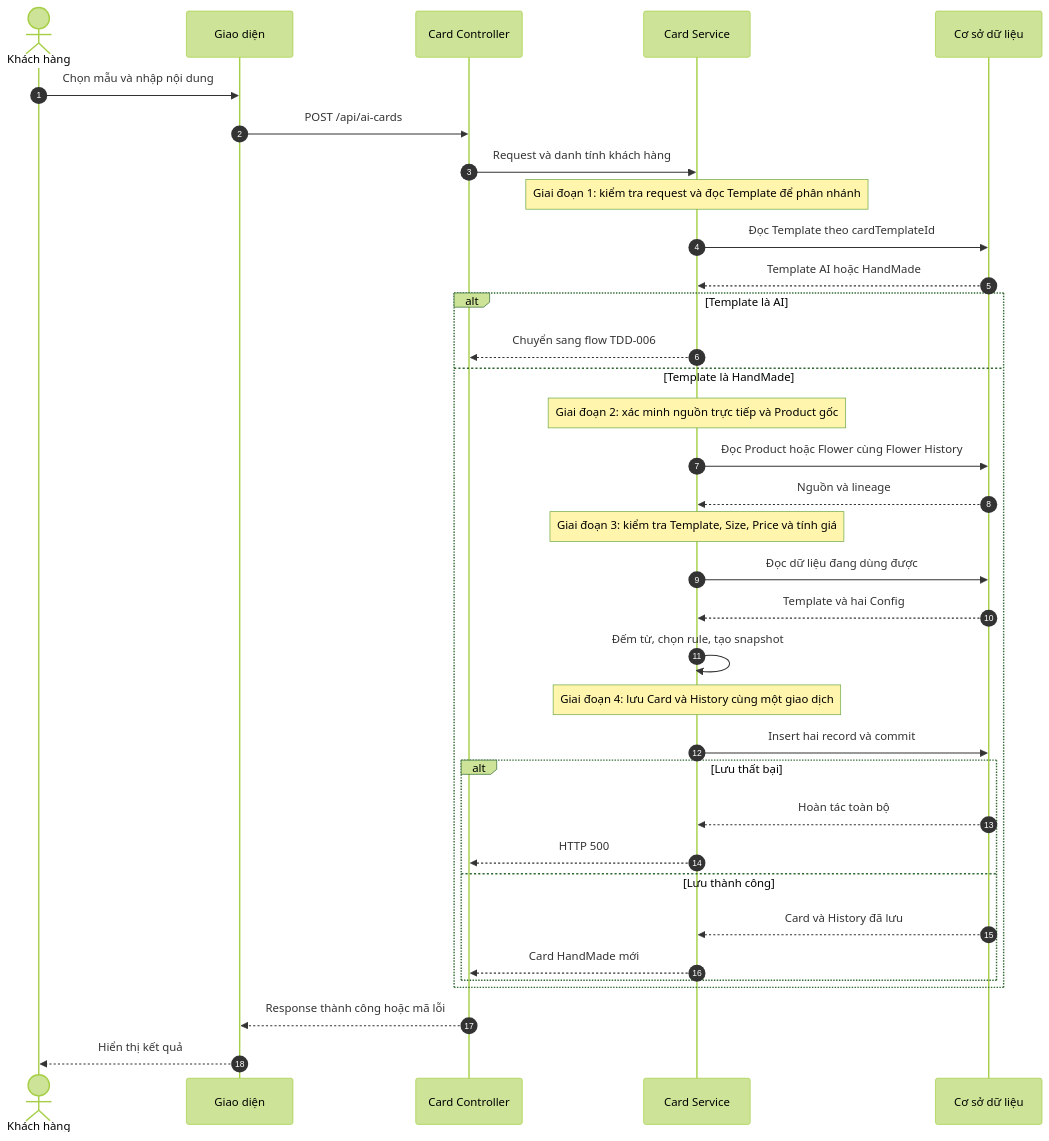
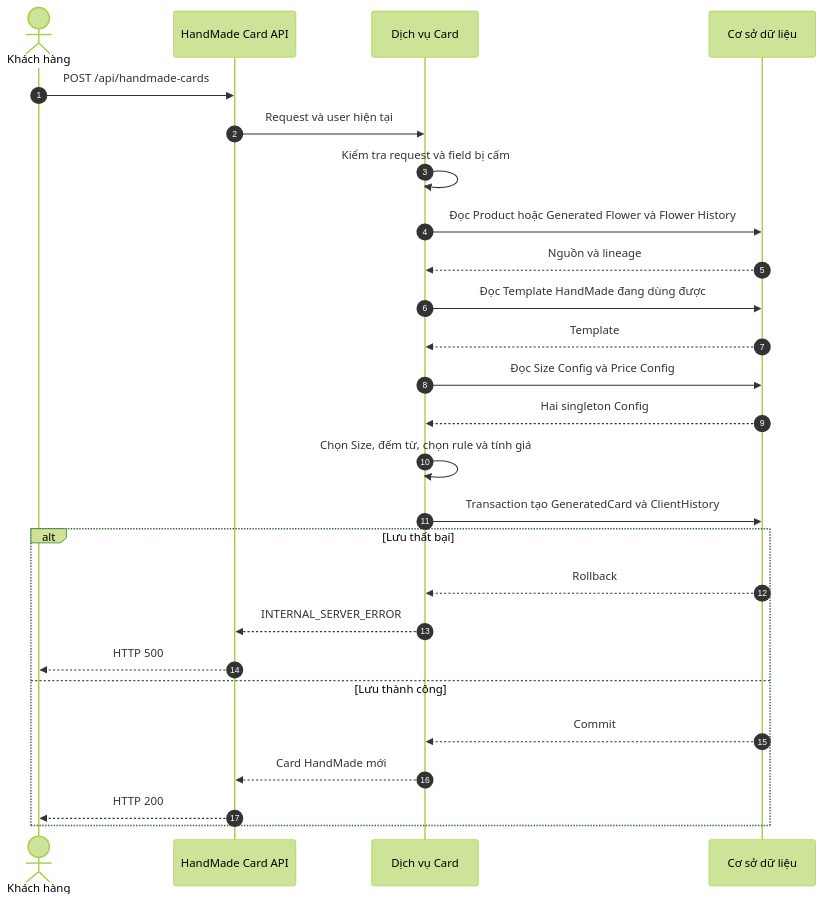
One commit to TaskCoper/hoatheomua-be changed the second of 4 diagrams in HoaTheoMua.Repository/docs/tdd/TDD-021/TDD-021-chon-va-tao-thiep-handmade.md. Above: the diagram before and after it, drawn with Mermaid (forest theme). The commit also changed other lines of this file and 499 other files, not shown here.

````diff
--- a/HoaTheoMua.Repository/docs/tdd/TDD-021/TDD-021-chon-va-tao-thiep-handmade.md
+++ b/HoaTheoMua.Repository/docs/tdd/TDD-021/TDD-021-chon-va-tao-thiep-handmade.md
@@ -104,37 +99,29 @@
 ```mermaid
 sequenceDiagram
     autonumber
-    actor KH as Khách hàng
-    participant UI as Giao diện
-    participant API as Card Controller
-    participant DV as Card Service
+    actor U as Khách hàng
+    participant API as HandMade Card API
+    participant S as Dịch vụ Card
     participant DB as Cơ sở dữ liệu
-    KH->>UI: Chọn mẫu và nhập nội dung
-    UI->>API: POST /api/ai-cards
-    API->>DV: Request và danh tính khách hàng
-    Note over DV: Giai đoạn 1: kiểm tra request và đọc Template để phân nhánh
-    DV->>DB: Đọc Template theo cardTemplateId
-    DB-->>DV: Template AI hoặc HandMade
-    alt Template là AI
-        DV-->>API: Chuyển sang flow TDD-006
-    else Template là HandMade
-        Note over DV: Giai đoạn 2: xác minh nguồn trực tiếp và Product gốc
-        DV->>DB: Đọc Product hoặc Flower cùng Flower History
-        DB-->>DV: Nguồn và lineage
-        Note over DV: Giai đoạn 3: kiểm tra Template, Size, Price và tính giá
-        DV->>DB: Đọc dữ liệu đang dùng được
-        DB-->>DV: Template và hai Config
-        DV->>DV: Đếm từ, chọn rule, tạo snapshot
-        Note over DV: Giai đoạn 4: lưu Card và History cùng một giao dịch
-        DV->>DB: Insert hai record và commit
-        alt Lưu thất bại
-            DB-->>DV: Hoàn tác toàn bộ
-            DV-->>API: HTTP 500
-        else Lưu thành công
-            DB-->>DV: Card và History đã lưu
-            DV-->>API: Card HandMade mới
-        end
+
+    U->>API: POST /api/handmade-cards
+    API->>S: Request và user hiện tại
+    S->>S: Kiểm tra request và field bị cấm
+    S->>DB: Đọc Product hoặc Generated Flower và Flower History
+    DB-->>S: Nguồn và lineage
+    S->>DB: Đọc Template HandMade đang dùng được
+    DB-->>S: Template
+    S->>DB: Đọc Size Config và Price Config
+    DB-->>S: Hai singleton Config
+    S->>S: Chọn Size, đếm từ, chọn rule và tính giá
+    S->>DB: Transaction tạo GeneratedCard và ClientHistory
+    alt Lưu thất bại
+        DB-->>S: Rollback
+        S-->>API: INTERNAL_SERVER_ERROR
+        API-->>U: HTTP 500
+    else Lưu thành công
+        DB-->>S: Commit
+        S-->>API: Card HandMade mới
+        API-->>U: HTTP 200
     end
-    API-->>UI: Response thành công hoặc mã lỗi
-    UI-->>KH: Hiển thị kết quả
 ```
````
